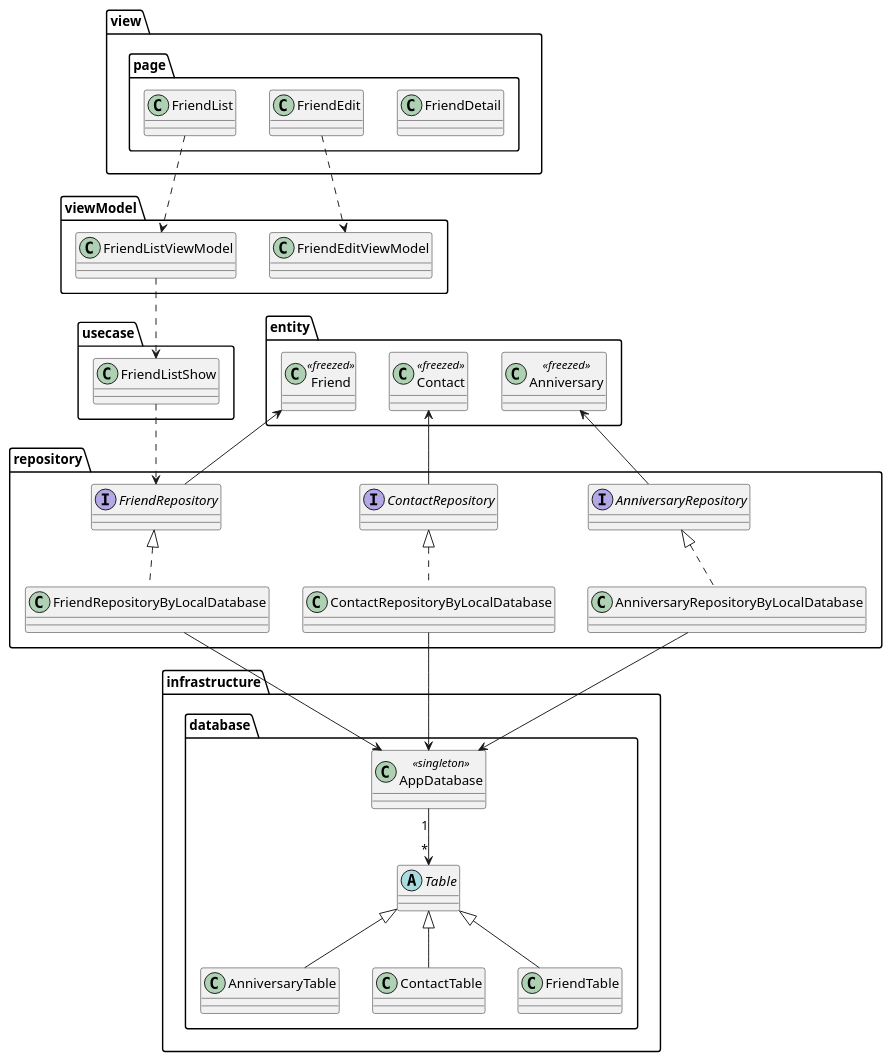
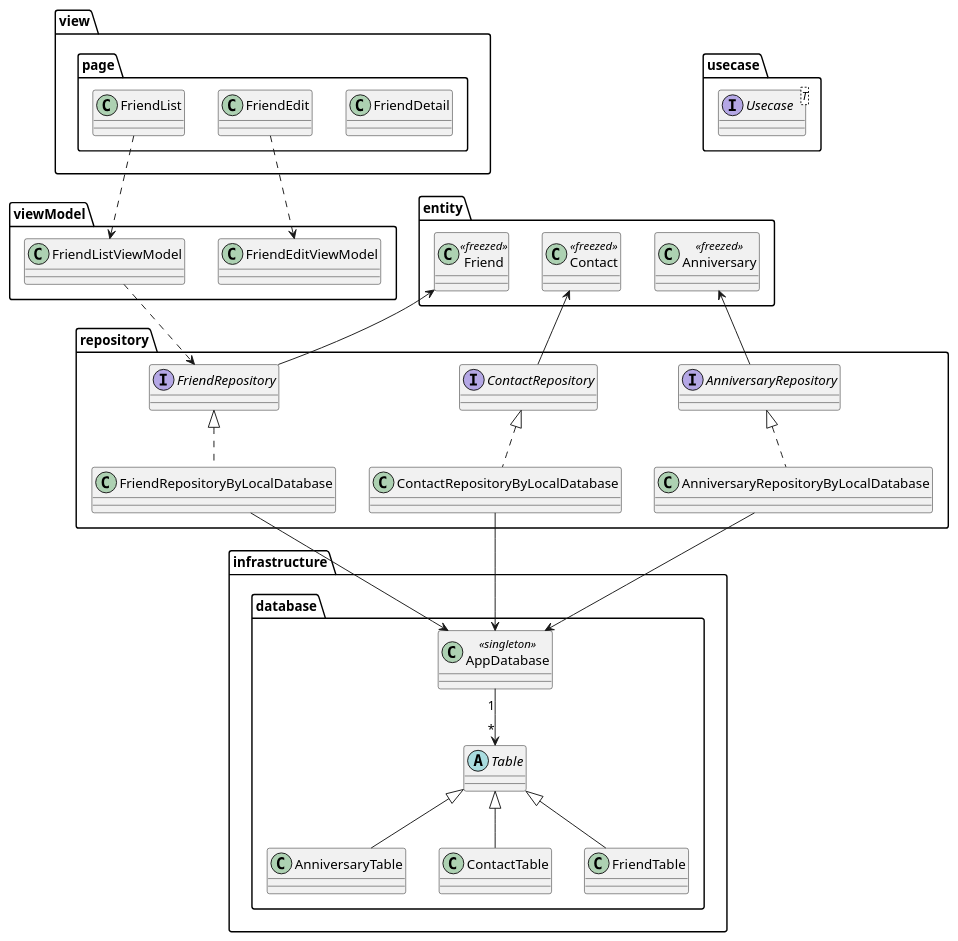
One commit to nmskm240/friend_list changed the diagram in uml/class_diagram.pu. Above: the diagram before and after it, drawn with PlantUML. The commit also changed 3 other files, not shown here.

```diff
--- a/uml/class_diagram.pu
+++ b/uml/class_diagram.pu
@@ -1,70 +1,68 @@
 @startuml
 
 package view {
     package page {
         class FriendDetail
         class FriendEdit
         class FriendList
     }
 }
 
 package viewModel {
     class FriendListViewModel
     class FriendEditViewModel
 }
 
 package usecase {
-    class FriendListShow
+    interface Usecase<T>
 }
 
 
 package repository {
     interface AnniversaryRepository
     interface ContactRepository
     interface FriendRepository
     class AnniversaryRepositoryByLocalDatabase
     class ContactRepositoryByLocalDatabase
     class FriendRepositoryByLocalDatabase
 }
 
 package entity {
     class Anniversary<<freezed>>
     class Contact<<freezed>>
     class Friend<<freezed>>
 }
 
 package infrastructure {
     package database {
         class AnniversaryTable
         class AppDatabase<<singleton>>
         class ContactTable
         class FriendTable
         abstract Table
     }
 }
 
 FriendList ..> FriendListViewModel
 FriendEdit ..> FriendEditViewModel
 
-FriendListViewModel ..> FriendListShow
-
-FriendListShow ..> FriendRepository
+FriendListViewModel ..> FriendRepository
 
 Anniversary <-- AnniversaryRepository
 Contact <-- ContactRepository
 Friend <-- FriendRepository
 
 AnniversaryRepository <|.. AnniversaryRepositoryByLocalDatabase
 ContactRepository <|.. ContactRepositoryByLocalDatabase
 FriendRepository <|.. FriendRepositoryByLocalDatabase
 
 AnniversaryRepositoryByLocalDatabase --> AppDatabase
 ContactRepositoryByLocalDatabase --> AppDatabase
 FriendRepositoryByLocalDatabase --> AppDatabase
 
 Table <|-- AnniversaryTable
 Table <|-- ContactTable
 Table <|-- FriendTable
 AppDatabase "1" --> "*" Table
 
 @enduml
```
